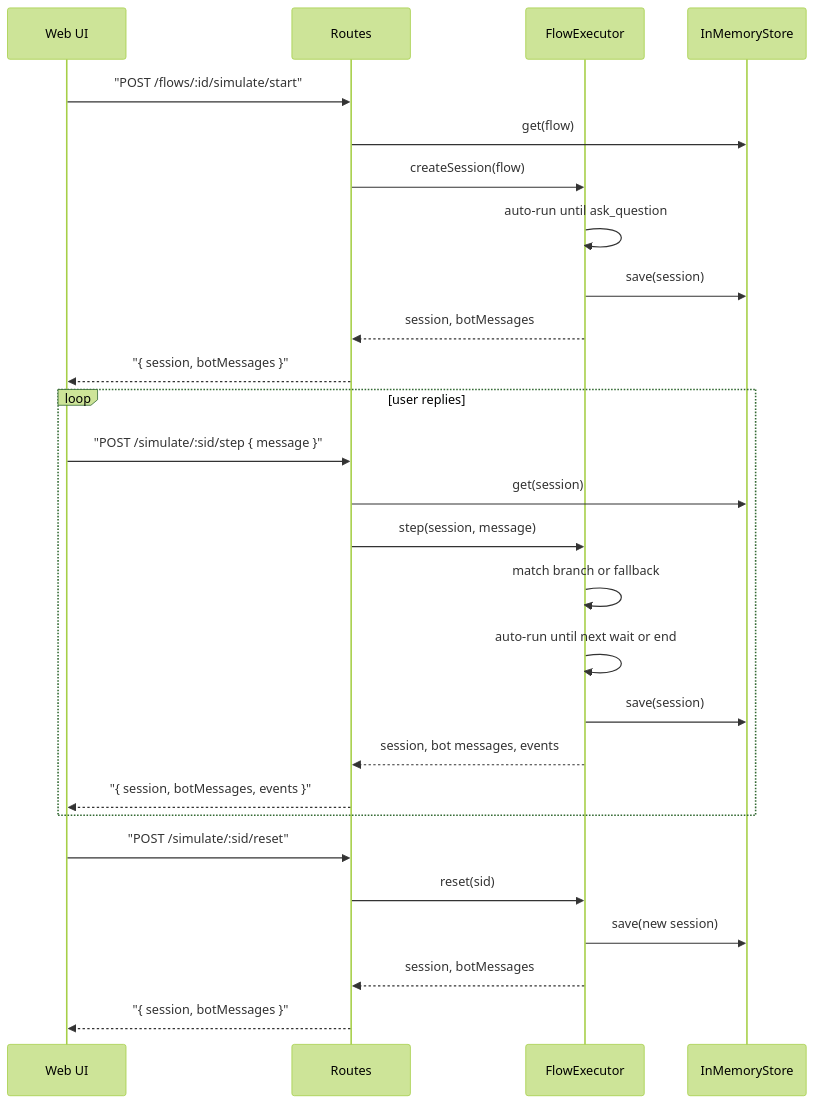
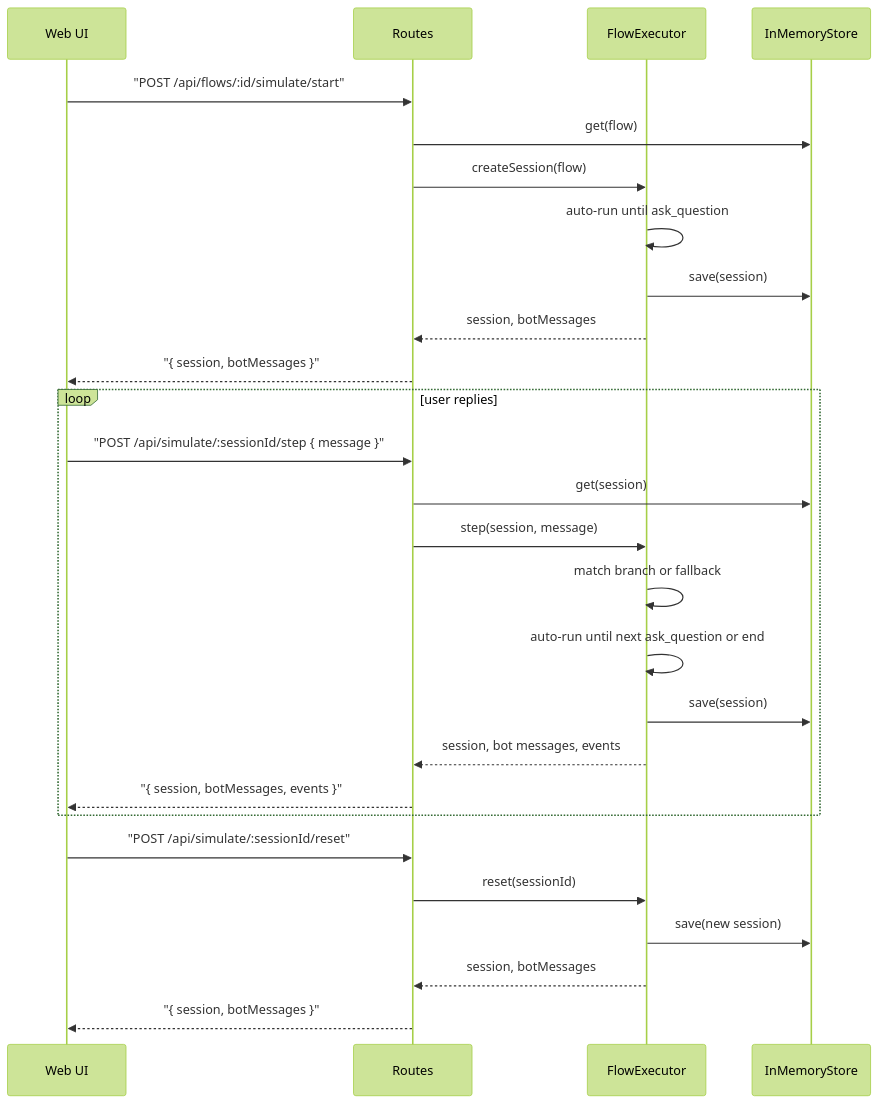
Before and after one commit to mikeyangyun/Wati-Automation-Copilot: the third of 3 diagrams in docs/architecture.md, drawn with Mermaid (forest theme). The commit also changed other lines of this file and 1 other file, not shown here.

Commit message:
docs: update product and architecture documentation to reflect API endpoint changes and clarify node vocabulary

````diff
--- a/docs/architecture.md
+++ b/docs/architecture.md
@@ -84,32 +84,32 @@
 ```mermaid
 sequenceDiagram
     participant UI as Web UI
     participant API as Routes
     participant Executor as FlowExecutor
     participant Store as InMemoryStore
 
-    UI->>API: "POST /flows/:id/simulate/start"
+    UI->>API: "POST /api/flows/:id/simulate/start"
     API->>Store: get(flow)
     API->>Executor: createSession(flow)
     Executor->>Executor: auto-run until ask_question
     Executor->>Store: save(session)
     Executor-->>API: session, botMessages
     API-->>UI: "{ session, botMessages }"
 
     loop user replies
-        UI->>API: "POST /simulate/:sid/step { message }"
+        UI->>API: "POST /api/simulate/:sessionId/step { message }"
         API->>Store: get(session)
         API->>Executor: step(session, message)
         Executor->>Executor: match branch or fallback
-        Executor->>Executor: auto-run until next wait or end
+        Executor->>Executor: auto-run until next ask_question or end
         Executor->>Store: save(session)
         Executor-->>API: session, bot messages, events
         API-->>UI: "{ session, botMessages, events }"
     end
 
-    UI->>API: "POST /simulate/:sid/reset"
-    API->>Executor: reset(sid)
+    UI->>API: "POST /api/simulate/:sessionId/reset"
+    API->>Executor: reset(sessionId)
     Executor->>Store: save(new session)
     Executor-->>API: session, botMessages
     API-->>UI: "{ session, botMessages }"
 ```
````
